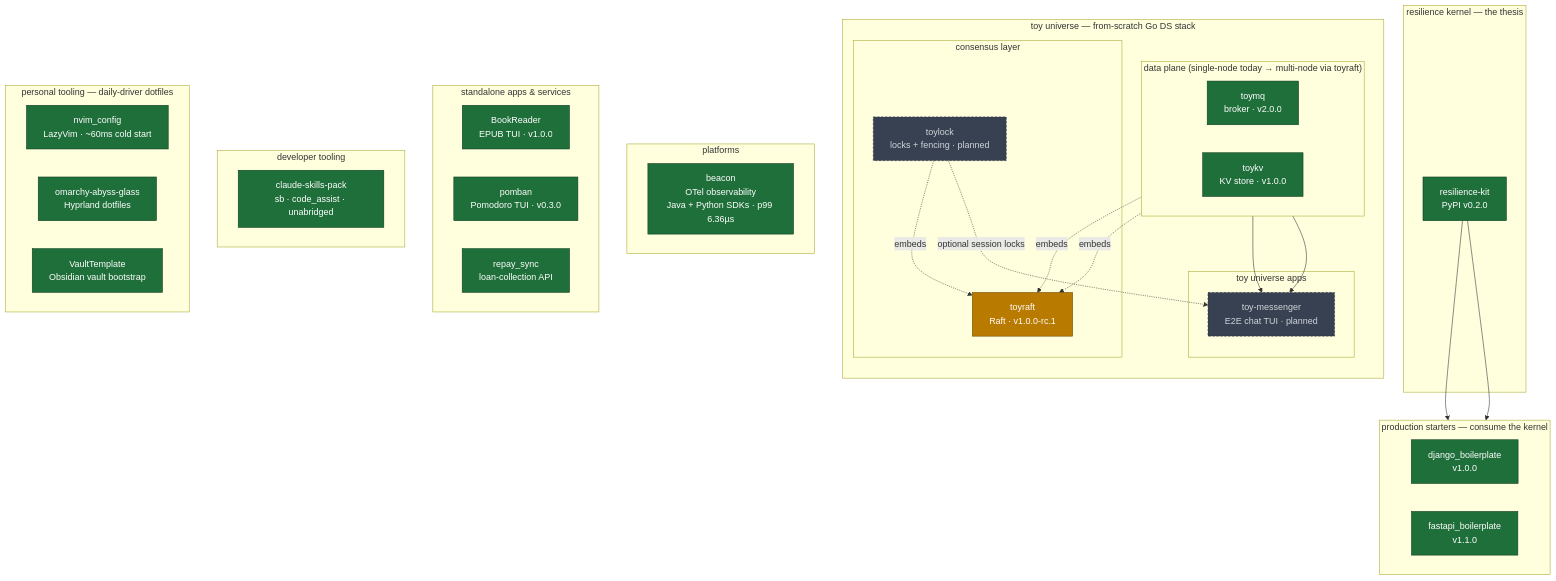
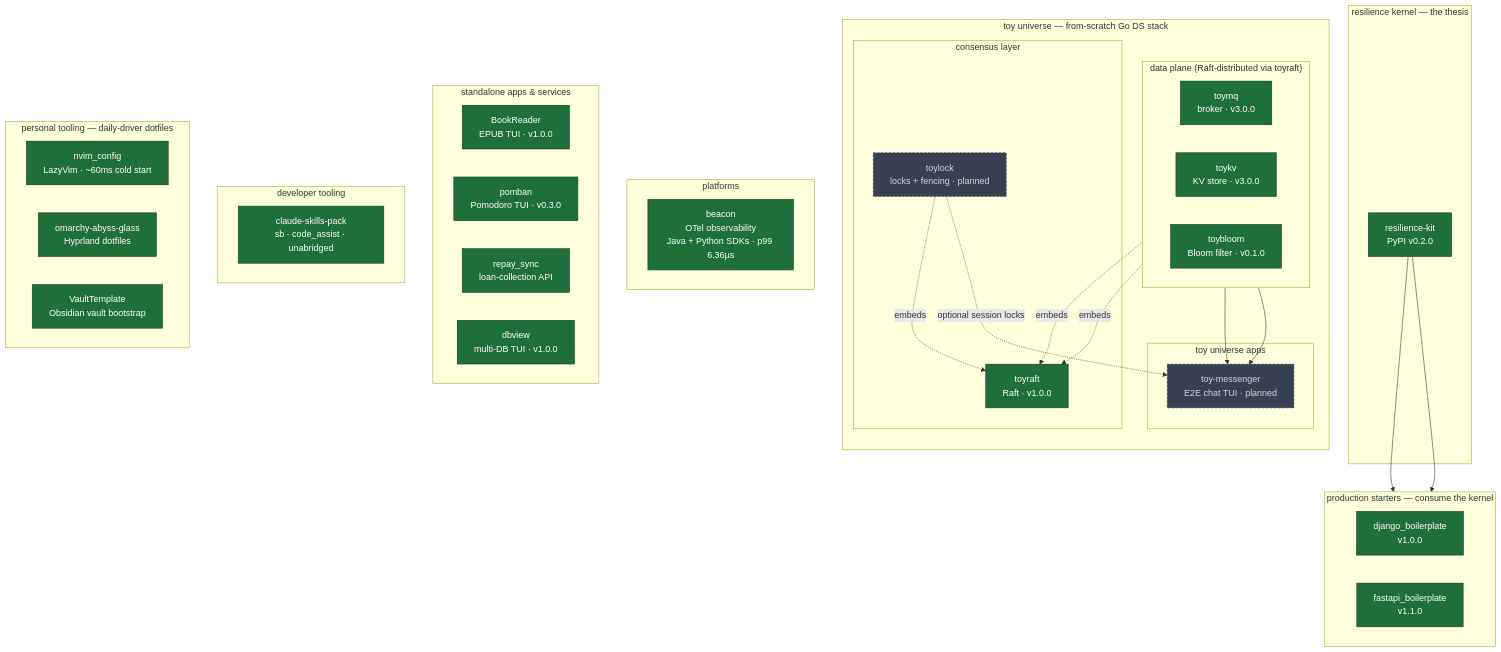
Before and after one commit to prajwalmahajan101/prajwalmahajan101: the diagram in README.md, drawn with Mermaid. The commit also changed other lines of this file, not shown here.

First line of the commit message:
docs(profile): refresh to post-keystone shipped state

````diff
--- a/README.md
+++ b/README.md
@@ -20,68 +20,69 @@
 ```mermaid
 flowchart TB
     subgraph KERNEL["resilience kernel — the thesis"]
         K["resilience-kit<br/>PyPI v0.2.0"]
     end
 
     subgraph STARTERS["production starters — consume the kernel"]
         direction LR
         C1["django_boilerplate<br/>v1.0.0"]
         C2["fastapi_boilerplate<br/>v1.1.0"]
     end
 
     subgraph TOY["toy universe — from-scratch Go DS stack"]
         direction TB
         subgraph TOY_CONSENSUS["consensus layer"]
-            P3["toyraft<br/>Raft · v1.0.0-rc.1"]
+            P3["toyraft<br/>Raft · v1.0.0"]
             P5["toylock<br/>locks + fencing · planned"]
         end
-        subgraph TOY_DATA["data plane (single-node today → multi-node via toyraft)"]
+        subgraph TOY_DATA["data plane (Raft-distributed via toyraft)"]
             direction LR
-            P1["toymq<br/>broker · v2.0.0"]
-            P2["toykv<br/>KV store · v1.0.0"]
+            P1["toymq<br/>broker · v3.0.0"]
+            P2["toykv<br/>KV store · v3.0.0"]
+            P6["toybloom<br/>Bloom filter · v0.1.0"]
         end
         subgraph TOY_APPS["toy universe apps"]
             P4["toy-messenger<br/>E2E chat TUI · planned"]
         end
     end
 
     subgraph PLATFORMS["platforms"]
         B["beacon<br/>OTel observability<br/>Java + Python SDKs · p99 6.36µs"]
     end
 
     subgraph STANDALONE["standalone apps & services"]
         direction LR
         A1["BookReader<br/>EPUB TUI · v1.0.0"]
         A2["pomban<br/>Pomodoro TUI · v0.3.0"]
         A3["repay_sync<br/>loan-collection API"]
+        A4["dbview<br/>multi-DB TUI · v1.0.0"]
     end
 
     subgraph DEVTOOLS["developer tooling"]
         T1["claude-skills-pack<br/>sb · code_assist · unabridged"]
     end
 
     subgraph PERSONAL["personal tooling — daily-driver dotfiles"]
         direction LR
         T2["nvim_config<br/>LazyVim · ~60ms cold start"]
         T3["omarchy-abyss-glass<br/>Hyprland dotfiles"]
         T4["VaultTemplate<br/>Obsidian vault bootstrap"]
     end
 
     K --> C1
     K --> C2
 
     P1 -.embeds.-> P3
     P2 -.embeds.-> P3
     P5 -.embeds.-> P3
 
     P1 --> P4
     P2 --> P4
     P5 -.optional session locks.-> P4
 
     classDef shipped fill:#1f6f3a,stroke:#0d3a1e,color:#fff;
     classDef active  fill:#b97a00,stroke:#6e4900,color:#fff;
     classDef planned fill:#374151,stroke:#1f2937,color:#d1d5db,stroke-dasharray: 4 3;
-    class K,P1,P2,B,C1,C2,A1,A2,A3,T1,T2,T3,T4 shipped;
-    class P3 active;
+    class K,P1,P2,P3,P6,B,C1,C2,A1,A2,A3,A4,T1,T2,T3,T4 shipped;
     class P4,P5 planned;
 ```
````
